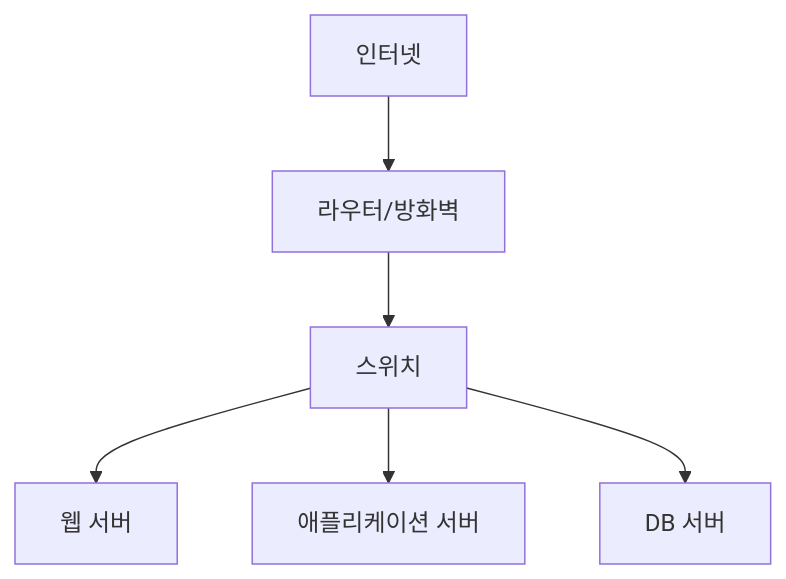
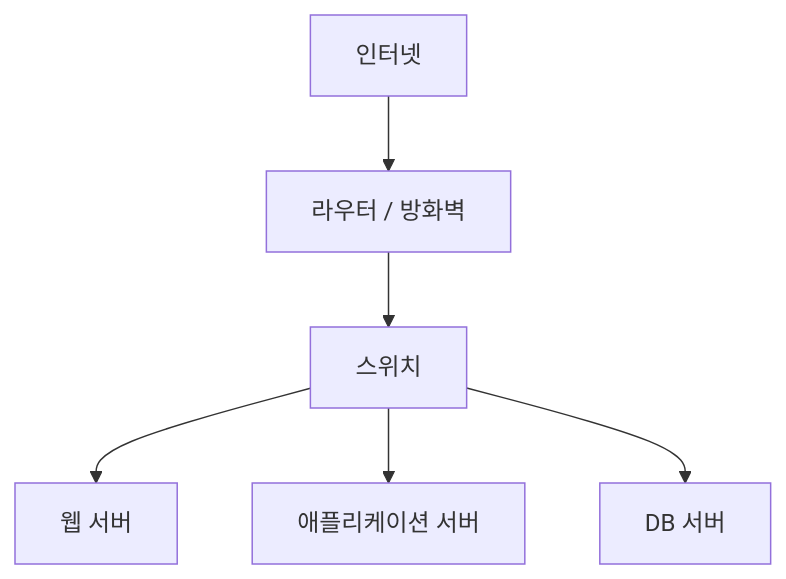
One commit to i31pc17/bitbook changed the second of 5 diagrams in AWS로 이해하는 클라우드 컴퓨팅 기초/15장. 서버는 어디에 연결되는가.md. Above: the diagram before and after it, drawn with Mermaid. The commit also changed other lines of this file, not shown here.

````diff
--- a/AWS로 이해하는 클라우드 컴퓨팅 기초/15장. 서버는 어디에 연결되는가.md
+++ b/AWS로 이해하는 클라우드 컴퓨팅 기초/15장. 서버는 어디에 연결되는가.md
@@ -49,15 +62,15 @@
 ```mermaid
 flowchart TB
 Internet[인터넷]
-Router[라우터/방화벽]
+Router[라우터 / 방화벽]
 Switch[스위치]
 Server1[웹 서버]
 Server2[애플리케이션 서버]
 Server3[DB 서버]
 
 Internet --> Router
 Router --> Switch
 Switch --> Server1
 Switch --> Server2
 Switch --> Server3
 ```
````
